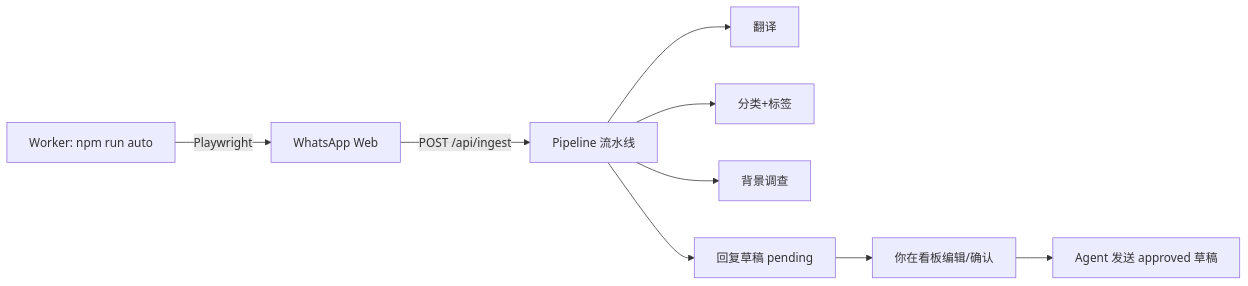
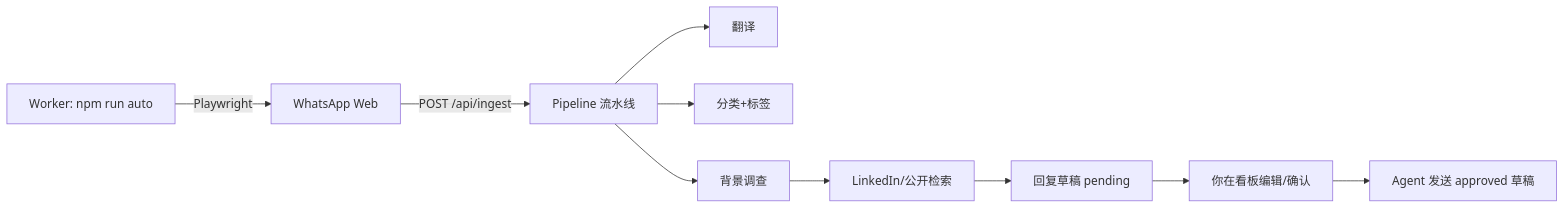
The diagram in docs/PLAYBOOK.md (chunhuiyan306-hub/WhatsApp), drawn with Mermaid before and after one commit. The commit also changed other lines of this file and 48 other files, not shown here.

````diff
--- a/docs/PLAYBOOK.md
+++ b/docs/PLAYBOOK.md
@@ -11,11 +11,12 @@
 ```mermaid
 flowchart LR
   W[Worker: npm run auto] -->|Playwright| WA[WhatsApp Web]
   WA -->|POST /api/ingest| P[Pipeline 流水线]
   P --> T[翻译]
   P --> C[分类+标签]
   P --> E[背景调查]
-  P --> D[回复草稿 pending]
+  E --> L[LinkedIn/公开检索]
+  L --> D[回复草稿 pending]
   D --> U[你在看板编辑/确认]
   U --> A[Agent 发送 approved 草稿]
 ```
````
